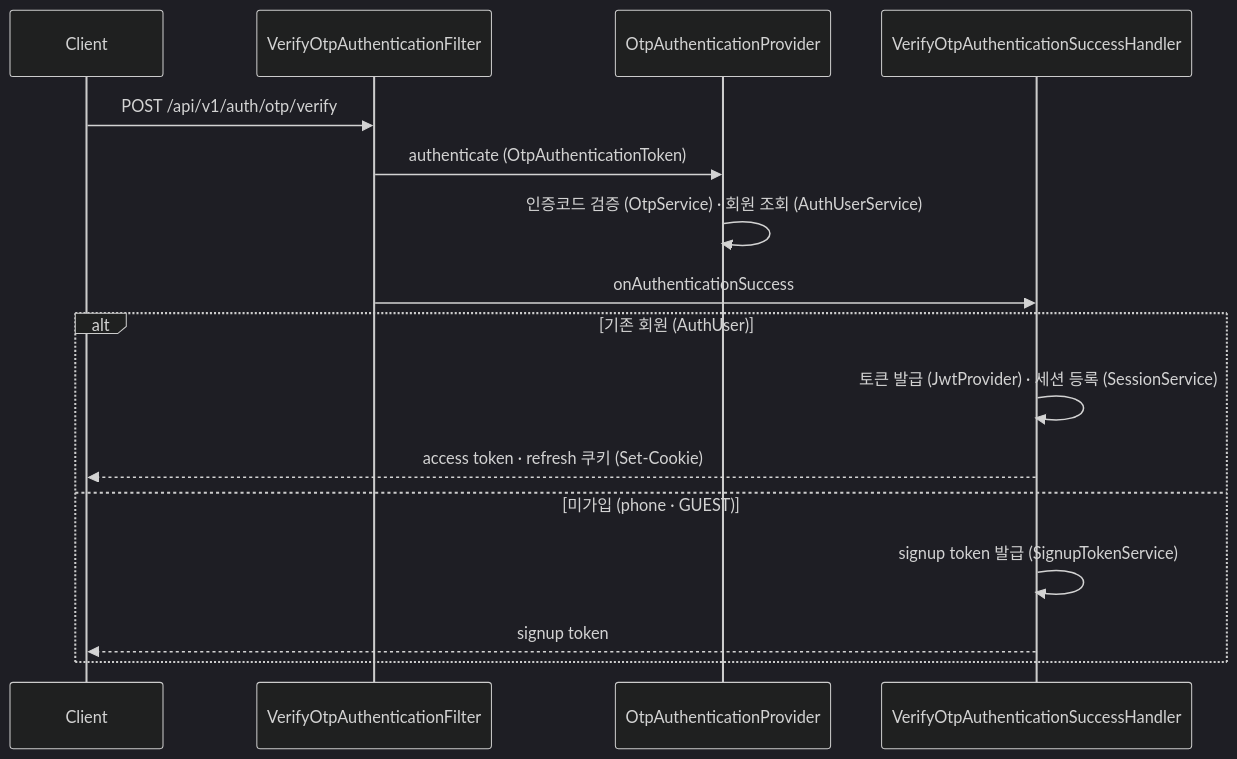
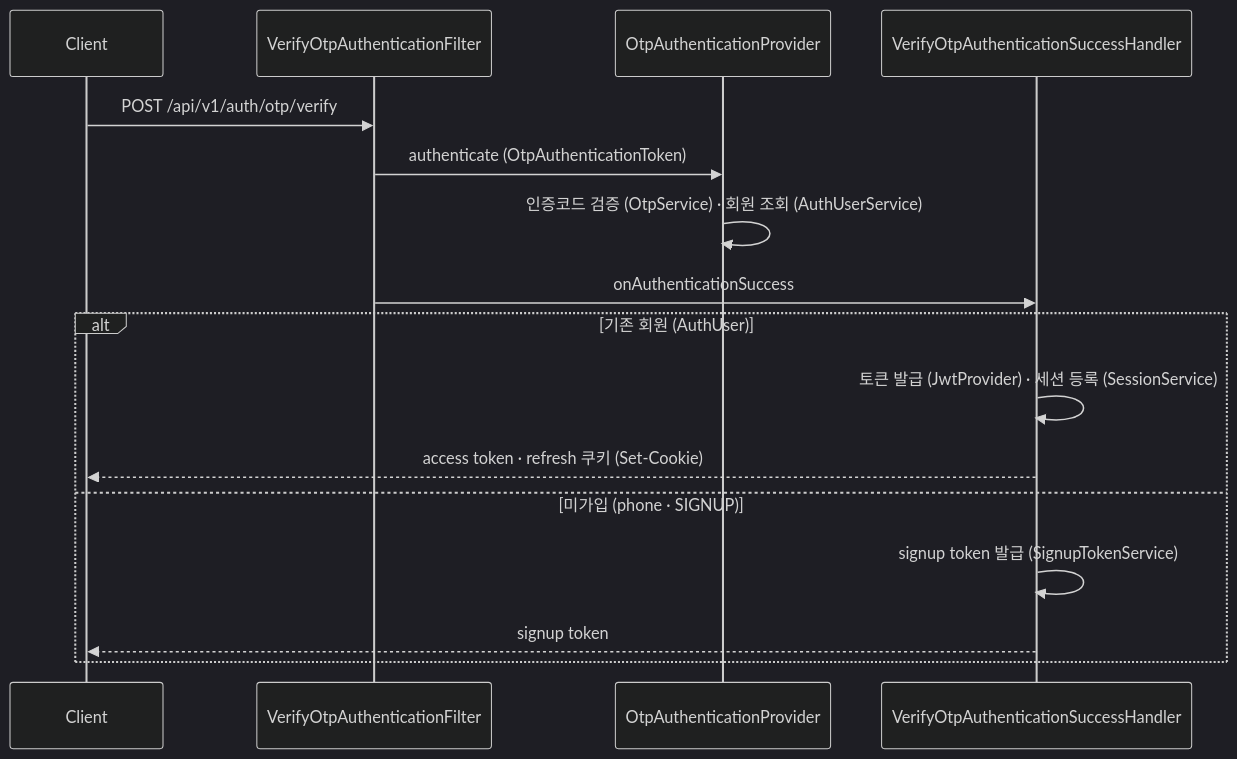
One commit to mortonCareer/bconnect changed the first of 3 diagrams in apps/api/docs/security-architecture.md. Above: the diagram before and after it, drawn with Mermaid (dark theme). The commit also changed 26 other files, not shown here.

````diff
--- a/apps/api/docs/security-architecture.md
+++ b/apps/api/docs/security-architecture.md
@@ -28,19 +28,19 @@
 ```mermaid
 sequenceDiagram
     participant Client
     participant Filter as VerifyOtpAuthenticationFilter
     participant Provider as OtpAuthenticationProvider
     participant Handler as VerifyOtpAuthenticationSuccessHandler
 
     Client->>Filter: POST /api/v1/auth/otp/verify
     Filter->>Provider: authenticate (OtpAuthenticationToken)
     Provider->>Provider: 인증코드 검증 (OtpService) · 회원 조회 (AuthUserService)
     Filter->>Handler: onAuthenticationSuccess
     alt 기존 회원 (AuthUser)
         Handler->>Handler: 토큰 발급 (JwtProvider) · 세션 등록 (SessionService)
         Handler-->>Client: access token · refresh 쿠키 (Set-Cookie)
-    else 미가입 (phone · GUEST)
+    else 미가입 (phone · SIGNUP)
         Handler->>Handler: signup token 발급 (SignupTokenService)
         Handler-->>Client: signup token
     end
 ```
````
